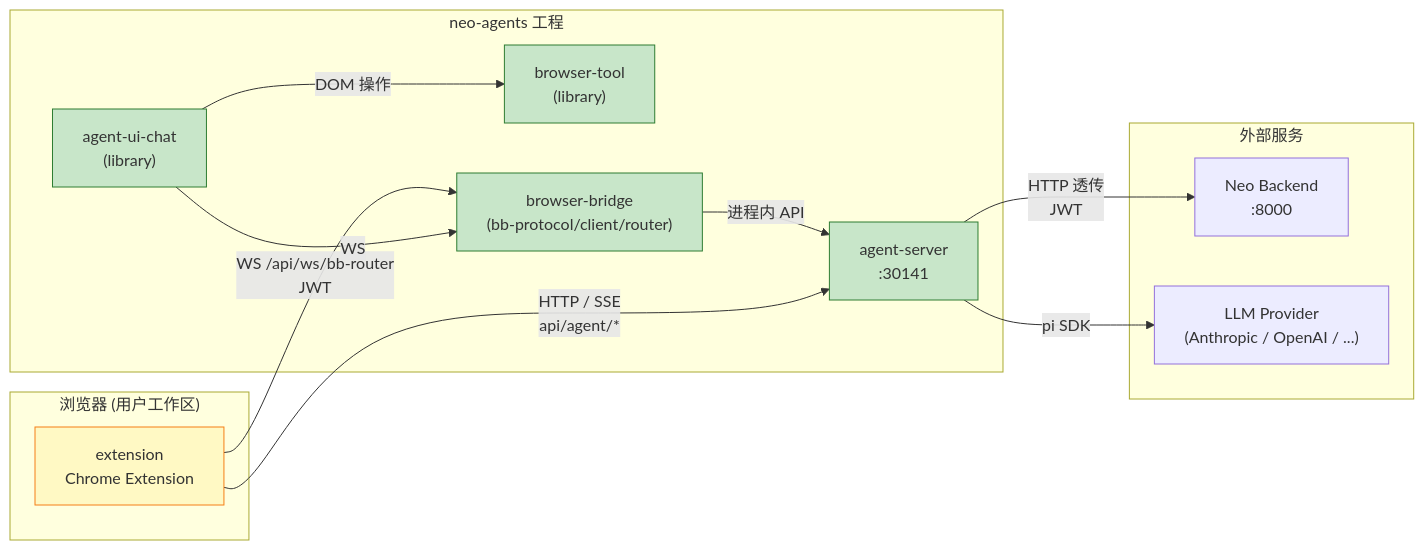
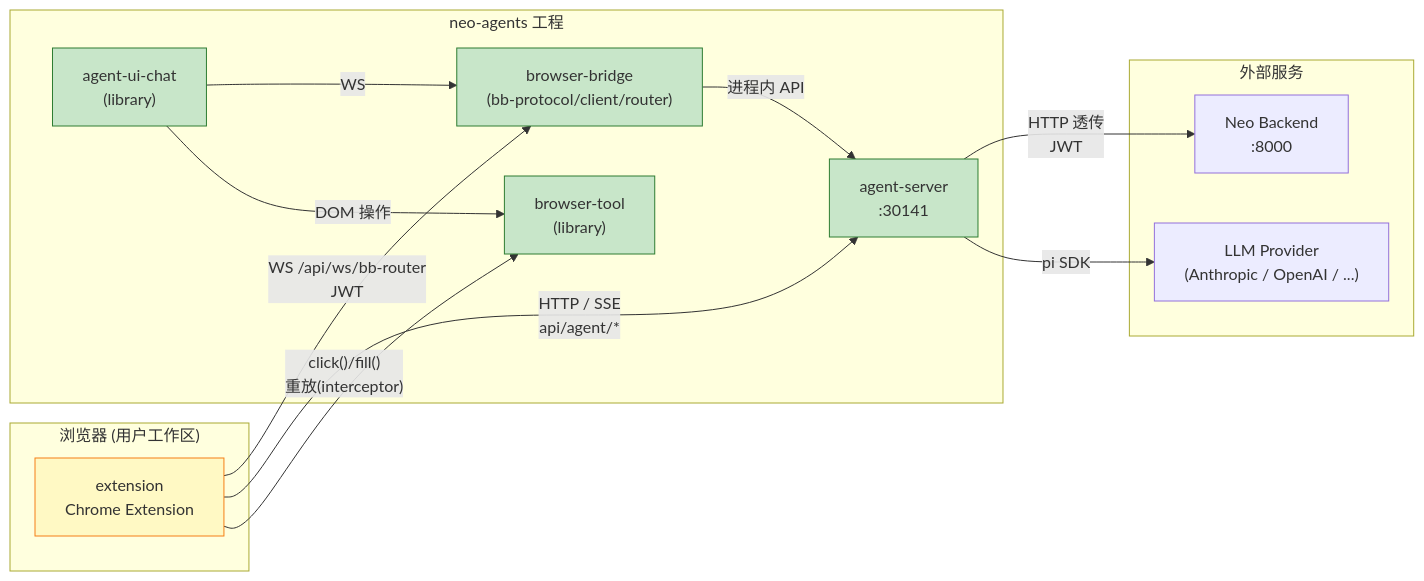
The diagram in neo/design/docs/technical/agent-steer/index.md (zhaoxin34/matrix), drawn with Mermaid before and after one commit. The commit also changed other lines of this file and 1 other file, not shown here.

````diff
--- a/neo/design/docs/technical/agent-steer/index.md
+++ b/neo/design/docs/technical/agent-steer/index.md
@@ -39,31 +39,32 @@
 ```mermaid
 graph LR
     subgraph Browser["浏览器 (用户工作区)"]
         EXT["extension<br/>Chrome Extension"]
     end
 
     subgraph NeoAgents["neo-agents 工程"]
         SRV["agent-server<br/>:30141"]
         CHAT["agent-ui-chat<br/>(library)"]
         BT["browser-tool<br/>(library)"]
         BB["browser-bridge<br/>(bb-protocol/client/router)"]
     end
 
     subgraph External["外部服务"]
         BE["Neo Backend<br/>:8000"]
         LLM["LLM Provider<br/>(Anthropic / OpenAI / ...)"]
     end
 
     EXT -- "WS /api/ws/bb-router<br/>JWT" --> BB
     BB -- "进程内 API" --> SRV
     EXT -- "HTTP / SSE<br//>api/agent/*" --> SRV
+    EXT -- "click()/fill()<br/>重放(interceptor)" --> BT
     SRV -- "HTTP 透传<br/>JWT" --> BE
     SRV -- "pi SDK" --> LLM
     CHAT -- "WS" --> BB
     CHAT -- "DOM 操作" --> BT
 
     classDef impl fill:#c8e6c9,stroke:#2e7d32
     classDef plan fill:#fff9c4,stroke:#f57f17
     class EXT,SRV,CHAT,BT,BB impl
     class EXT plan
 ```
````
